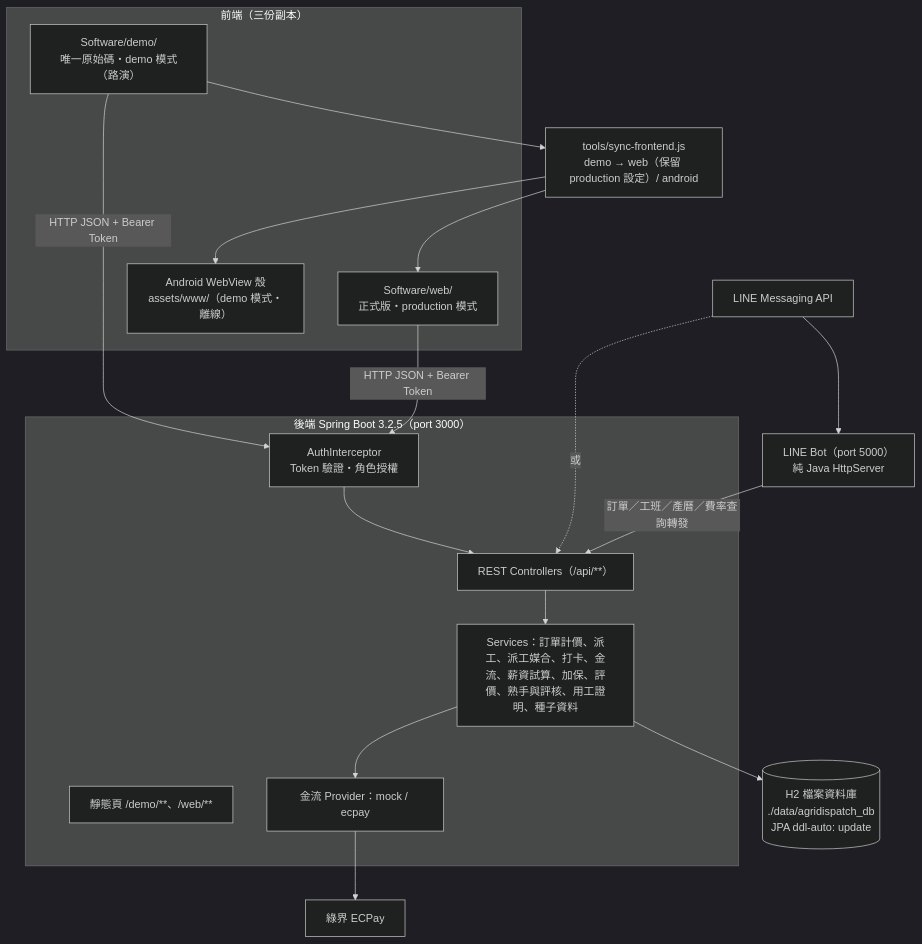
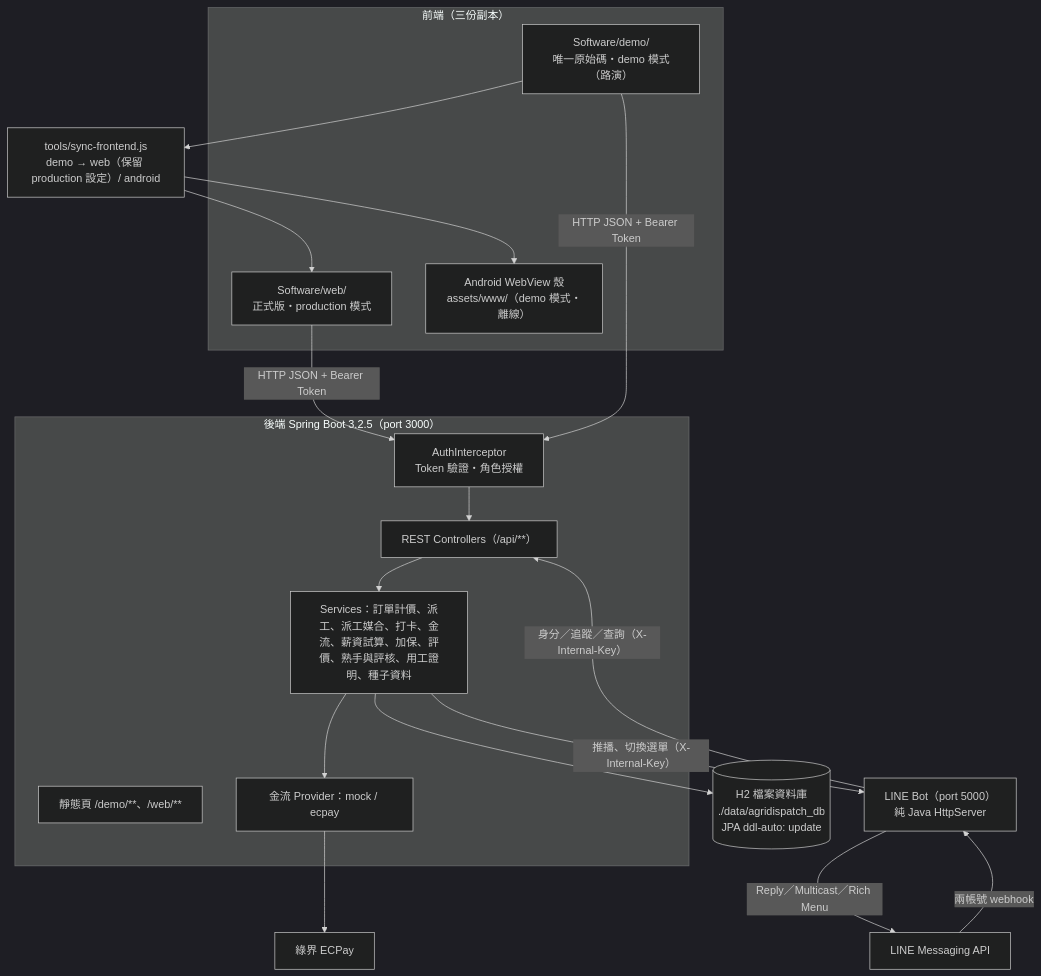
Before and after one commit to xx8888x/agridispatch: the fifth of 5 diagrams in 文件/07_系統分析及文件/01_系統分析與架構設計規格書.md, drawn with Mermaid (dark theme). The commit also changed other lines of this file and 13 other files, not shown here.

````diff
--- a/文件/07_系統分析及文件/01_系統分析與架構設計規格書.md
+++ b/文件/07_系統分析及文件/01_系統分析與架構設計規格書.md
@@ -229,28 +229,29 @@
 ```mermaid
 flowchart TB
     subgraph Client ["前端（三份副本）"]
         Demo["Software/demo/<br/>唯一原始碼・demo 模式（路演）"]
         Web["Software/web/<br/>正式版・production 模式"]
         Apk["Android WebView 殼<br/>assets/www/（demo 模式・離線）"]
     end
     Sync["tools/sync-frontend.js<br/>demo → web（保留 production 設定）/ android"]
     Demo --> Sync --> Web & Apk
 
     subgraph Backend ["後端 Spring Boot 3.2.5（port 3000）"]
         Static["靜態頁 /demo/**、/web/**"]
         Interceptor["AuthInterceptor<br/>Token 驗證・角色授權"]
         Controllers["REST Controllers（/api/**）"]
         Services["Services：訂單計價、派工、派工媒合、打卡、金流、薪資試算、加保、評價、熟手與評核、用工證明、種子資料"]
         Payment["金流 Provider：mock / ecpay"]
     end
     DB[("H2 檔案資料庫<br/>./data/agridispatch_db<br/>JPA ddl-auto: update")]
     LineBot["LINE Bot（port 5000）<br/>純 Java HttpServer"]
     LINE["LINE Messaging API"]
     ECPay["綠界 ECPay"]
 
     Web & Demo -->|HTTP JSON + Bearer Token| Interceptor --> Controllers --> Services --> DB
     Services --> Payment --> ECPay
-    LINE --> LineBot
-    LineBot -->|訂單／工班／產曆／費率查詢轉發| Controllers
-    LINE -.->|或| Controllers
+    LINE -->|兩帳號 webhook| LineBot
+    LineBot -->|身分／追蹤／查詢（X-Internal-Key）| Controllers
+    Services -->|推播、切換選單（X-Internal-Key）| LineBot
+    LineBot -->|Reply／Multicast／Rich Menu| LINE
 ```
````
